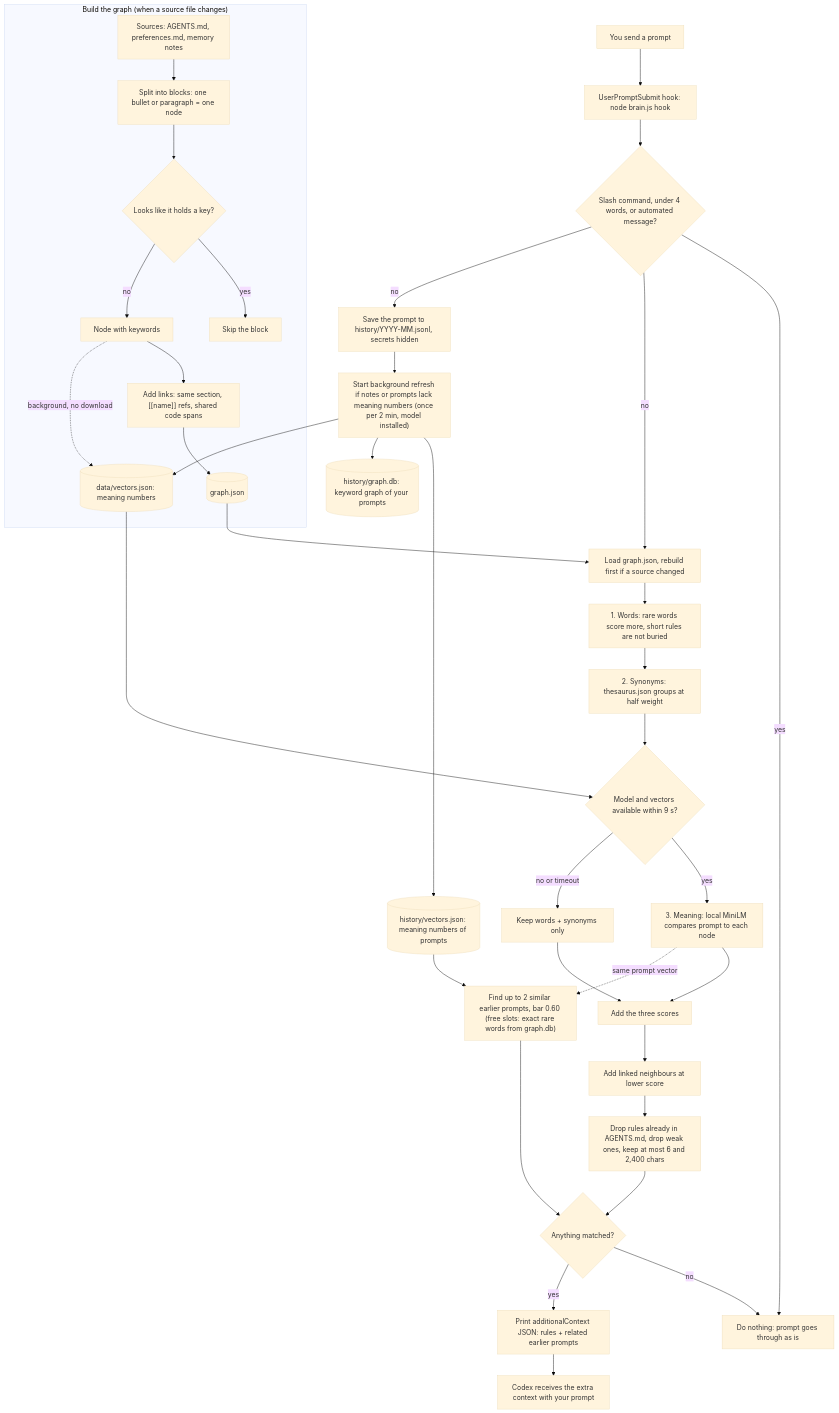
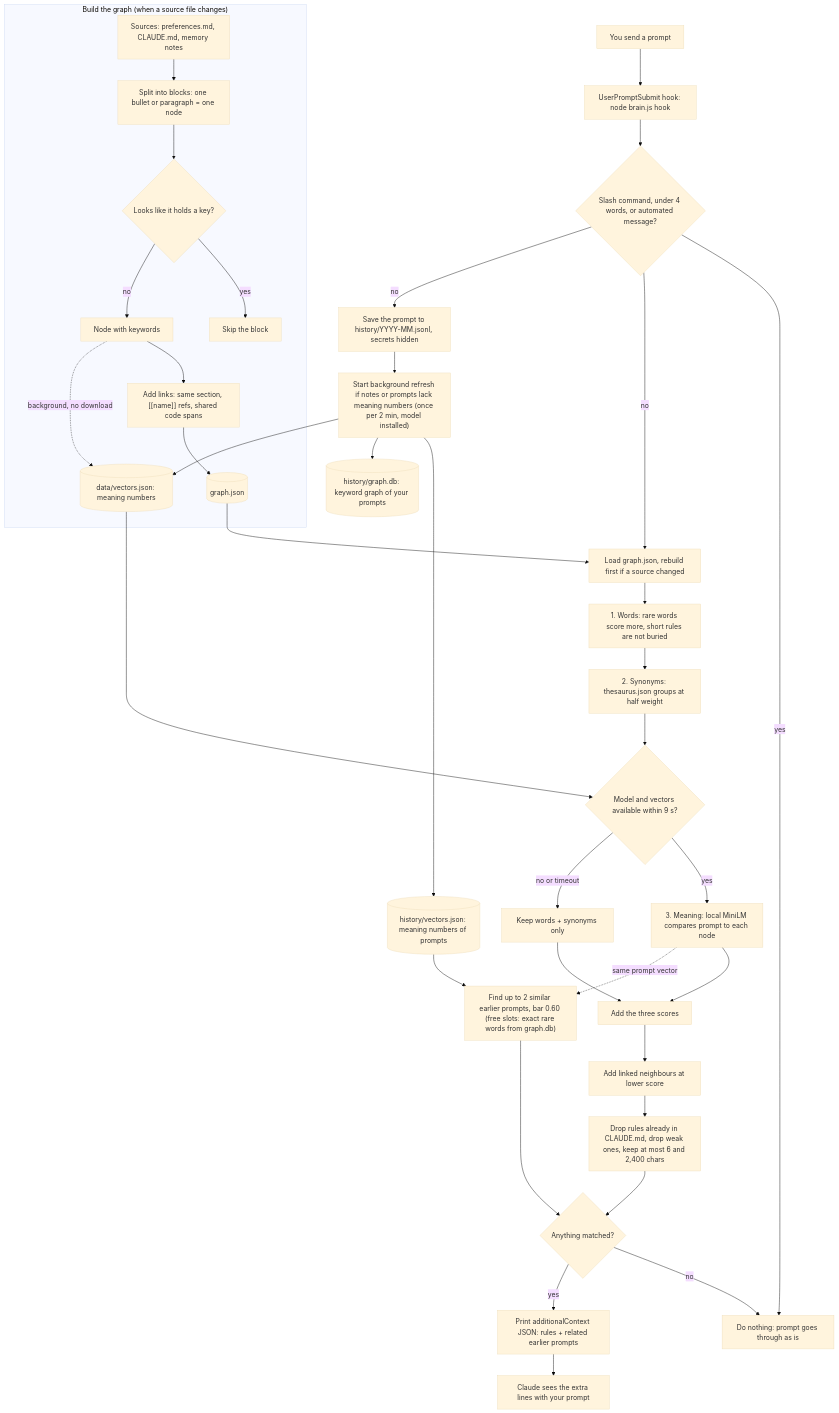
Before and after one commit to ThanhNVan/ai-on-prem-brain: the second of 3 diagrams in README.md, drawn with Mermaid (base theme). The commit also changed other lines of this file and 8 other files, not shown here.

````diff
--- a/README.md
+++ b/README.md
@@ -27,44 +27,44 @@
 ```mermaid
 flowchart TD
     subgraph BUILD["Build the graph (when a source file changes)"]
-        S["Sources: AGENTS.md, preferences.md, memory notes"] --> B["Split into blocks: one bullet or paragraph = one node"]
+        S["Sources: preferences.md, CLAUDE.md, memory notes"] --> B["Split into blocks: one bullet or paragraph = one node"]
         B --> F{"Looks like it holds a key?"}
         F -- yes --> X["Skip the block"]
         F -- no --> N["Node with keywords"]
         N --> L["Add links: same section, [[name]] refs, shared code spans"]
         L --> G[("graph.json")]
         N -. "background, no download" .-> V[("data/vectors.json: meaning numbers")]
     end
 
     P["You send a prompt"] --> H["UserPromptSubmit hook: node brain.js hook"]
     H --> Q{"Slash command, under 4 words, or automated message?"}
     Q -- yes --> E["Do nothing: prompt goes through as is"]
     Q -- no --> R["Load graph.json, rebuild first if a source changed"]
     Q -- no --> SV["Save the prompt to history/YYYY-MM.jsonl, secrets hidden"]
     G --> R
 
     R --> W["1. Words: rare words score more, short rules are not buried"]
     W --> T["2. Synonyms: thesaurus.json groups at half weight"]
     T --> M{"Model and vectors available within 9 s?"}
     V --> M
     M -- yes --> SM["3. Meaning: local MiniLM compares prompt to each node"]
     M -- "no or timeout" --> K["Keep words + synonyms only"]
     SM --> K2["Add the three scores"]
     K --> K2
 
     K2 --> NB["Add linked neighbours at lower score"]
-    NB --> D["Drop rules already in AGENTS.md, drop weak ones, keep at most 6 and 2,400 chars"]
+    NB --> D["Drop rules already in CLAUDE.md, drop weak ones, keep at most 6 and 2,400 chars"]
 
     SM -. "same prompt vector" .-> HS["Find up to 2 similar earlier prompts, bar 0.60 (free slots: exact rare words from graph.db)"]
     HS --> OUT
     D --> OUT{"Anything matched?"}
     OUT -- no --> E
     OUT -- yes --> A["Print additionalContext JSON: rules + related earlier prompts"]
-    A --> C["Codex receives the extra context with your prompt"]
+    A --> C["Claude sees the extra lines with your prompt"]
 
     SV --> RF["Start background refresh if notes or prompts lack meaning numbers (once per 2 min, model installed)"]
     RF --> V
     RF --> HV[("history/vectors.json: meaning numbers of prompts")]
     HV --> HS
     RF --> KG[("history/graph.db: keyword graph of your prompts")]
 ```
````
